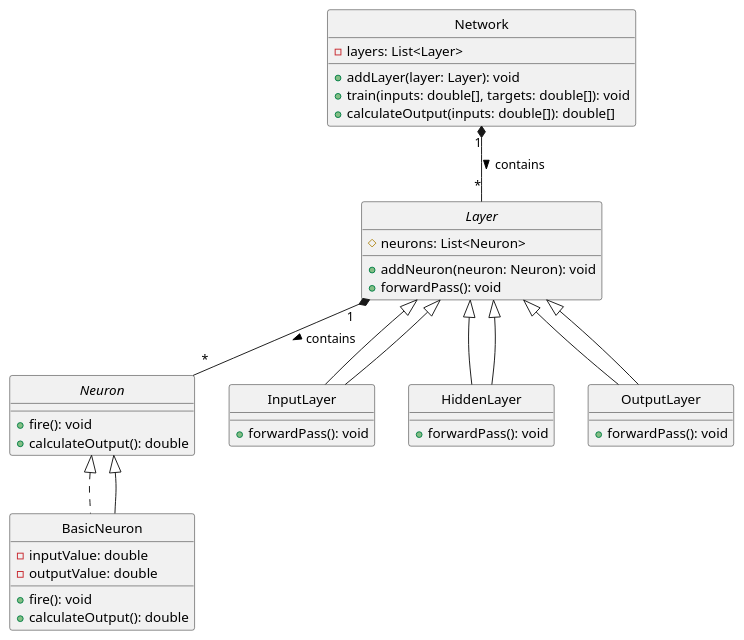
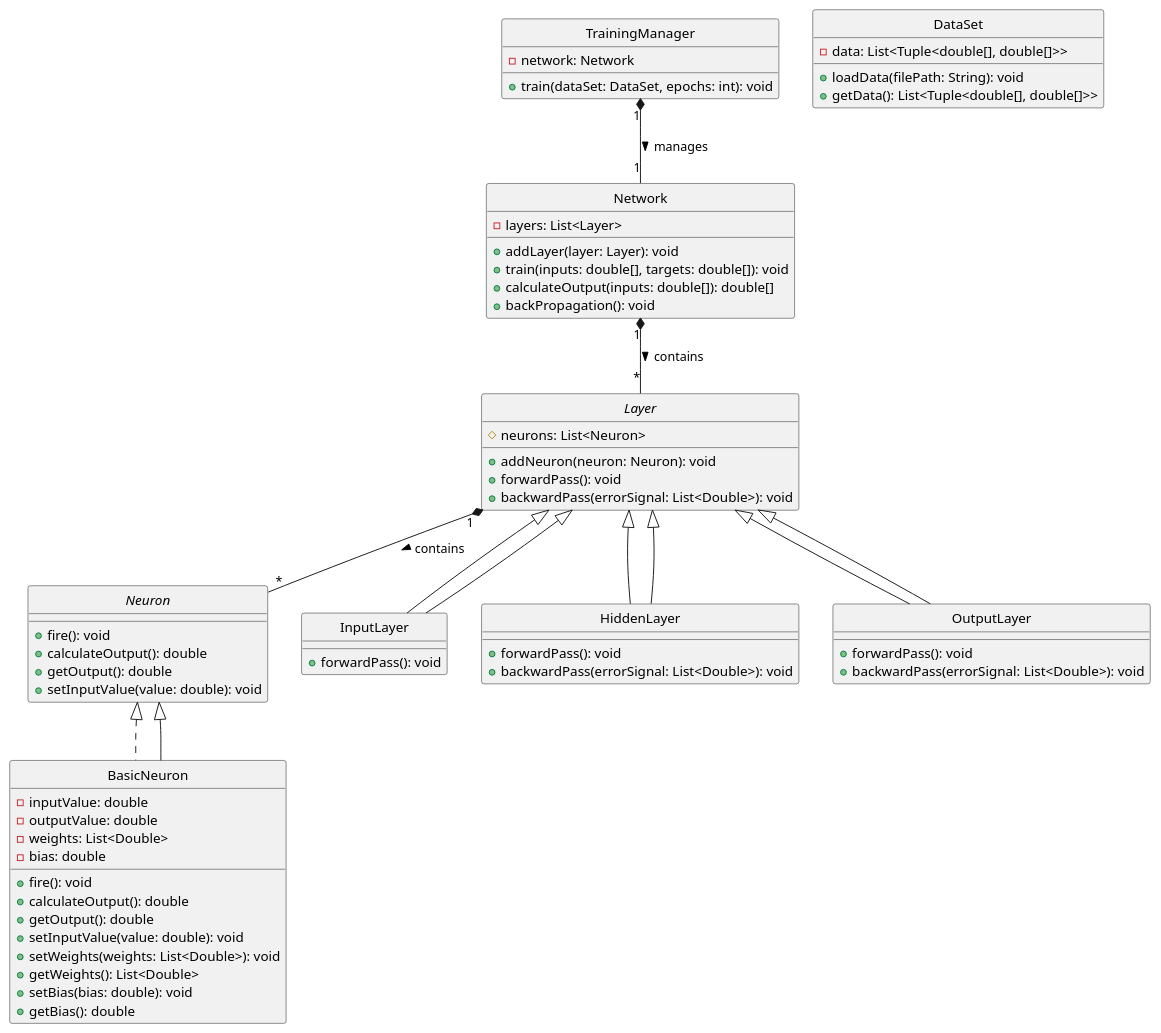
Before and after one commit to TerminalGambit/simple-neural-network-simulator: the diagram in blueprint/description.puml, drawn with PlantUML.

Commit message:
improvement of the UMl with new features to be implemented tomorrow :)

```diff
--- a/blueprint/description.puml
+++ b/blueprint/description.puml
@@ -1,48 +1,73 @@
-@startuml
+@startuml NeuralNetwork
 skinparam style strictuml
 
 interface Neuron {
     +fire(): void
     +calculateOutput(): double
+    +getOutput(): double
+    +setInputValue(value: double): void
 }
 
 class BasicNeuron implements Neuron {
     -inputValue: double
     -outputValue: double
+    -weights: List<Double>
+    -bias: double
     +fire(): void
     +calculateOutput(): double
+    +getOutput(): double
+    +setInputValue(value: double): void
+    +setWeights(weights: List<Double>): void
+    +getWeights(): List<Double>
+    +setBias(bias: double): void
+    +getBias(): double
 }
 
 abstract class Layer {
     #neurons: List<Neuron>
     +addNeuron(neuron: Neuron): void
     +forwardPass(): void
+    +backwardPass(errorSignal: List<Double>): void
 }
 
 class InputLayer extends Layer {
     +forwardPass(): void
 }
 
 class HiddenLayer extends Layer {
     +forwardPass(): void
+    +backwardPass(errorSignal: List<Double>): void
 }
 
 class OutputLayer extends Layer {
     +forwardPass(): void
+    +backwardPass(errorSignal: List<Double>): void
 }
 
 class Network {
     -layers: List<Layer>
     +addLayer(layer: Layer): void
     +train(inputs: double[], targets: double[]): void
     +calculateOutput(inputs: double[]): double[]
+    +backPropagation(): void
+}
+
+class TrainingManager {
+    -network: Network
+    +train(dataSet: DataSet, epochs: int): void
+}
+
+class DataSet {
+    -data: List<Tuple<double[], double[]>>
+    +loadData(filePath: String): void
+    +getData(): List<Tuple<double[], double[]>>
 }
 
 Neuron <|-- BasicNeuron
 Layer <|-- InputLayer
 Layer <|-- HiddenLayer
 Layer <|-- OutputLayer
 Layer "1" *-- "*" Neuron : contains >
 Network "1" *-- "*" Layer : contains >
-
+TrainingManager "1" *-- "1" Network : manages >
 @enduml
```
